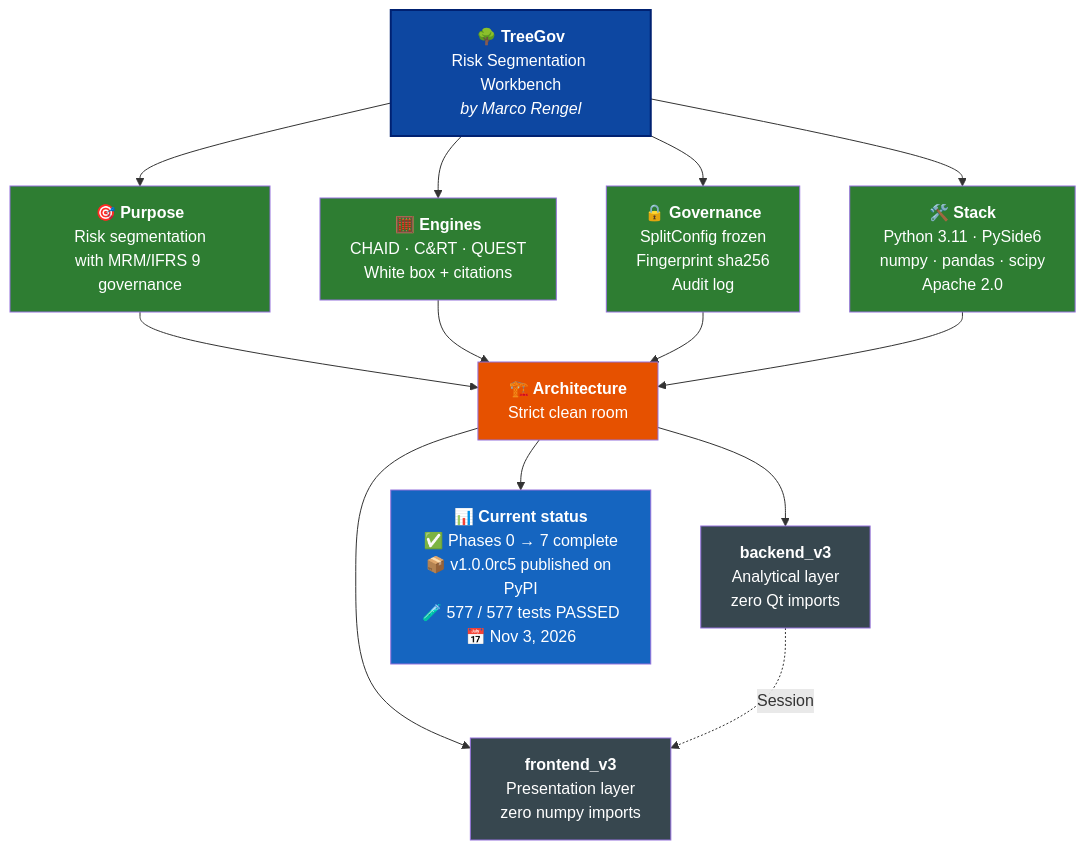
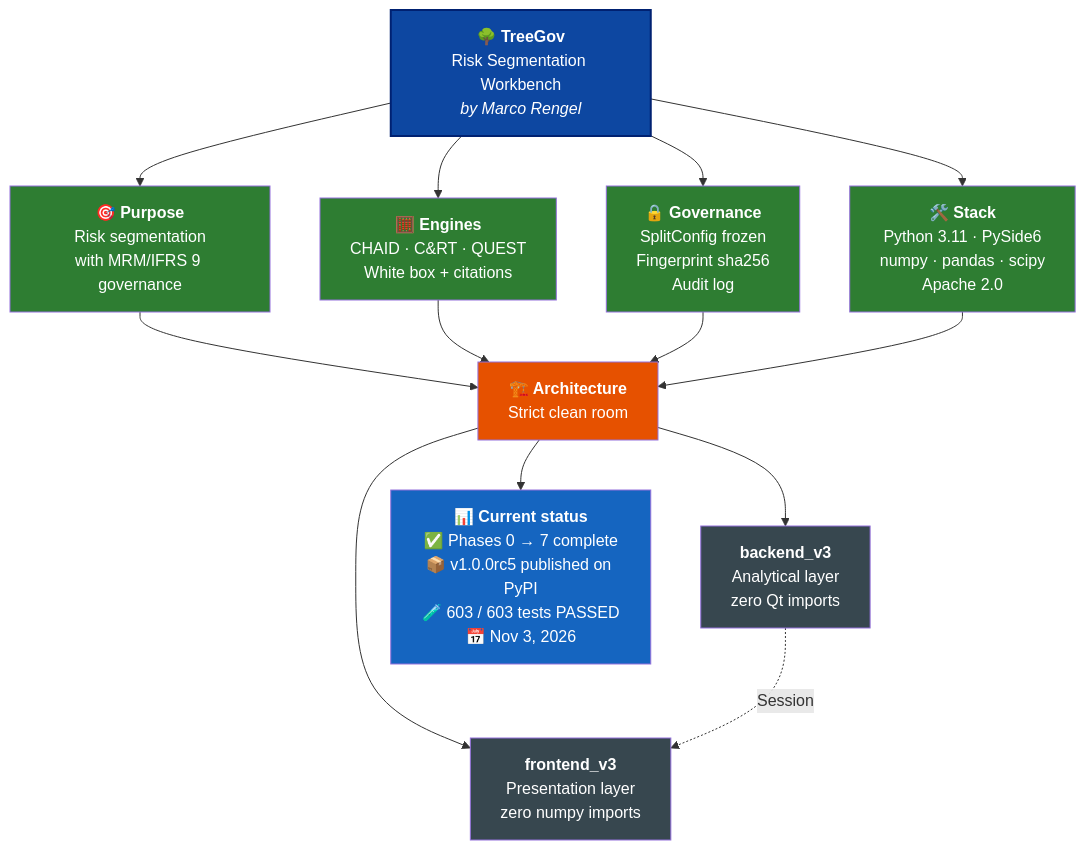
Before and after one commit to Marco-Rengel/treegov: the diagram in README.md, drawn with Mermaid. The commit also changed other lines of this file and 37 other files, not shown here.

````diff
--- a/README.md
+++ b/README.md
@@ -38,31 +38,31 @@
 ```mermaid
 flowchart TB
     TG["<b>🌳 TreeGov</b><br/>Risk Segmentation Workbench<br/><i>by Marco Rengel</i>"]
 
     TG --> P["<b>🎯 Purpose</b><br/>Risk segmentation<br/>with MRM/IFRS 9 governance"]
     TG --> M["<b>🧮 Engines</b><br/>CHAID · C&RT · QUEST<br/>White box + citations"]
     TG --> G["<b>🔒 Governance</b><br/>SplitConfig frozen<br/>Fingerprint sha256<br/>Audit log"]
     TG --> S["<b>🛠️ Stack</b><br/>Python 3.11 · PySide6<br/>numpy · pandas · scipy<br/>Apache 2.0"]
 
     P --> ARQ["<b>🏗️ Architecture</b><br/>Strict clean room"]
     M --> ARQ
     G --> ARQ
     S --> ARQ
 
     ARQ --> BE["<b>backend_v3</b><br/>Analytical layer<br/>zero Qt imports"]
     ARQ --> FE["<b>frontend_v3</b><br/>Presentation layer<br/>zero numpy imports"]
 
     BE -.->|Session| FE
 
-    ARQ --> ST["<b>📊 Current status</b><br/>✅ Phases 0 → 7 complete<br/>📦 v1.0.0rc5 published on PyPI<br/>🧪 577 / 577 tests PASSED<br/>📅 Nov 3, 2026"]
+    ARQ --> ST["<b>📊 Current status</b><br/>✅ Phases 0 → 7 complete<br/>📦 v1.0.0rc5 published on PyPI<br/>🧪 603 / 603 tests PASSED<br/>📅 Nov 3, 2026"]
 
     style TG fill:#0D47A1,color:#fff,stroke:#002171,stroke-width:2px
     style P fill:#2E7D32,color:#fff
     style M fill:#2E7D32,color:#fff
     style G fill:#2E7D32,color:#fff
     style S fill:#2E7D32,color:#fff
     style ARQ fill:#E65100,color:#fff
     style BE fill:#37474F,color:#fff
     style FE fill:#37474F,color:#fff
     style ST fill:#1565C0,color:#fff
 ```
````
